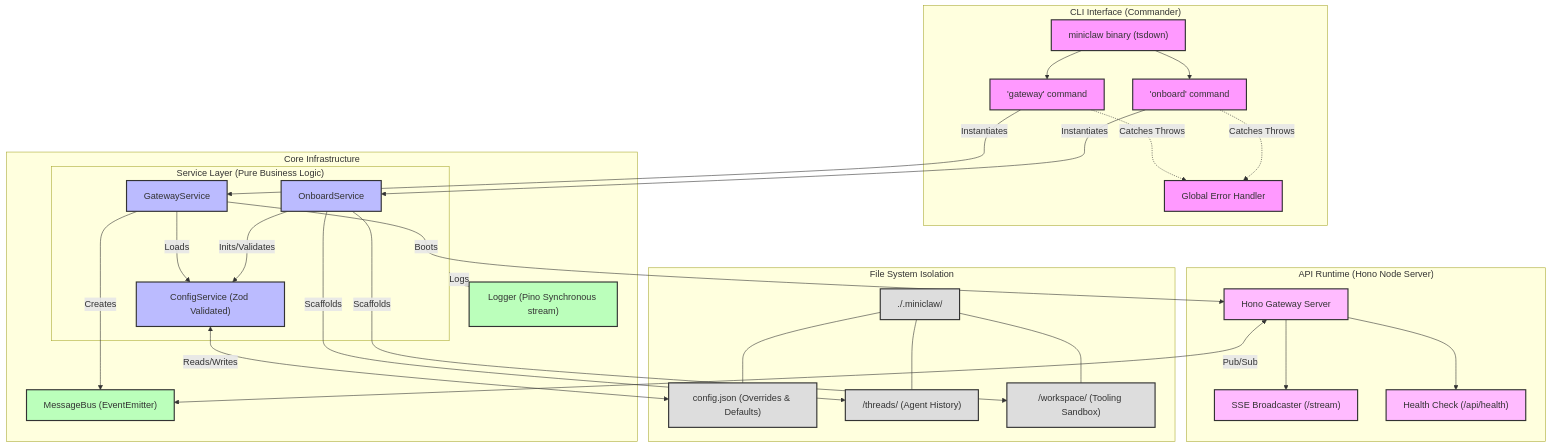
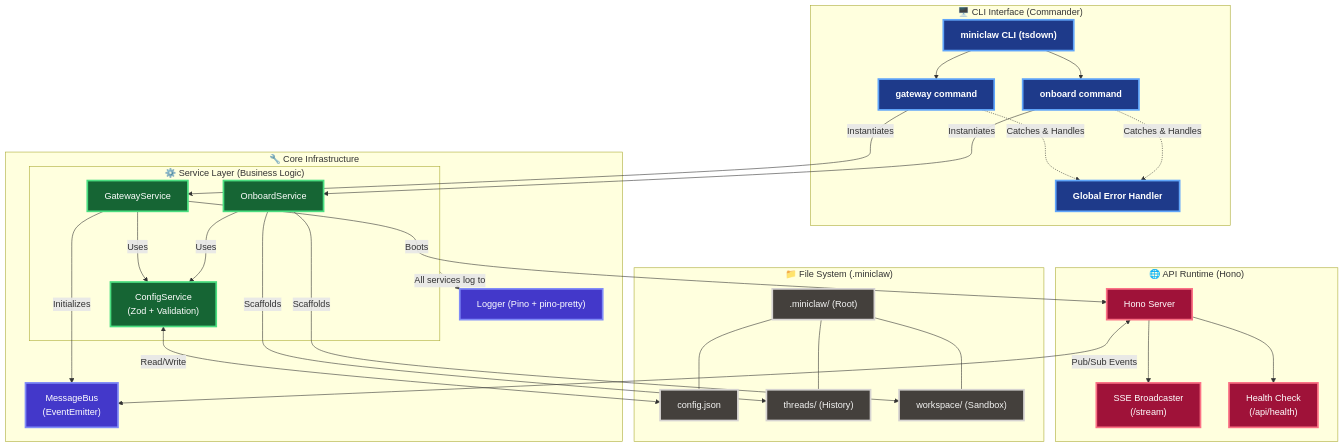
Before and after one commit to zAcherttp/nanobot: the diagram in miniclaw/docs/feature-tracker.md, drawn with Mermaid. The commit also changed other lines of this file, not shown here.

Commit message:
chore: improve visual of mermaid diagram

````diff
--- a/miniclaw/docs/feature-tracker.md
+++ b/miniclaw/docs/feature-tracker.md
@@ -7,73 +7,84 @@
 ```mermaid
 graph TD
+    %% =============================================
     %% CLI Layer
-    subgraph CLI ["CLI Interface (Commander)"]
-        Index["miniclaw binary (tsdown)"]
+    %% =============================================
+    subgraph CLI ["🖥️ CLI Interface (Commander)"]
+        Index["miniclaw CLI (tsdown)"]
         GlobalErr["Global Error Handler"]
         
-        Index --> GatewayCmd["'gateway' command"]
-        Index --> OnboardCmd["'onboard' command"]
+        Index --> GatewayCmd["gateway command"]
+        Index --> OnboardCmd["onboard command"]
         
-        GatewayCmd -.->|"Catches Throws"| GlobalErr
-        OnboardCmd -.->|"Catches Throws"| GlobalErr
+        GatewayCmd -.->|"Catches & Handles"| GlobalErr
+        OnboardCmd -.->|"Catches & Handles"| GlobalErr
     end
 
+    %% =============================================
     %% Services Layer
-    subgraph Services ["Service Layer (Pure Business Logic)"]
+    %% =============================================
+    subgraph Services ["⚙️ Service Layer (Business Logic)"]
         GatewaySvc["GatewayService"]
         OnboardSvc["OnboardService"]
-        ConfigSvc["ConfigService (Zod Validated)"]
+        ConfigSvc["ConfigService<br/>(Zod + Validation)"]
         
         GatewayCmd -->|"Instantiates"| GatewaySvc
         OnboardCmd -->|"Instantiates"| OnboardSvc
         
-        GatewaySvc -->|"Loads"| ConfigSvc
-        OnboardSvc -->|"Inits/Validates"| ConfigSvc
+        GatewaySvc -->|"Uses"| ConfigSvc
+        OnboardSvc -->|"Uses"| ConfigSvc
     end
 
+    %% =============================================
     %% Core Infrastructure
-    subgraph Core ["Core Infrastructure"]
-        Bus["MessageBus (EventEmitter)"]
-        Logger["Logger (Pino Synchronous stream)"]
+    %% =============================================
+    subgraph Core ["🔧 Core Infrastructure"]
+        Bus["MessageBus<br/>(EventEmitter)"]
+        Logger["Logger (Pino + pino-pretty)"]
         
-        GatewaySvc -->|"Creates"| Bus
-        Services -.->|"Logs"| Logger
+        GatewaySvc -->|"Initializes"| Bus
+        Services -.->|"All services log to"| Logger
     end
 
+    %% =============================================
     %% Gateway & API Layer
-    subgraph API ["API Runtime (Hono Node Server)"]
-        HonoApp["Hono Gateway Server"]
-        SSE["SSE Broadcaster (/stream)"]
-        Health["Health Check (/api/health)"]
+    %% =============================================
+    subgraph API ["🌐 API Runtime (Hono)"]
+        HonoApp["Hono Server"]
+        SSE["SSE Broadcaster<br/>(/stream)"]
+        Health["Health Check<br/>(/api/health)"]
         
         GatewaySvc -->|"Boots"| HonoApp
         HonoApp --> SSE
         HonoApp --> Health
         
-        HonoApp <-->|"Pub/Sub"| Bus
+        HonoApp <-->|"Pub/Sub Events"| Bus
     end
 
+    %% =============================================
     %% File System Layer
-    subgraph FS ["File System Isolation"]
-        MiniclawDir["./.miniclaw/"]
-        ConfigJSON["config.json (Overrides & Defaults)"]
-        ThreadsDir["/threads/ (Agent History)"]
-        WorkspaceDir["/workspace/ (Tooling Sandbox)"]
+    %% =============================================
+    subgraph FS ["📁 File System (.miniclaw)"]
+        MiniclawDir[".miniclaw/ (Root)"]
+        ConfigJSON["config.json"]
+        ThreadsDir["threads/ (History)"]
+        WorkspaceDir["workspace/ (Sandbox)"]
         
         MiniclawDir --- ConfigJSON
         MiniclawDir --- ThreadsDir
         MiniclawDir --- WorkspaceDir
         
-        ConfigSvc <-->|"Reads/Writes"| ConfigJSON
+        ConfigSvc <-->|"Read/Write"| ConfigJSON
         OnboardSvc -->|"Scaffolds"| ThreadsDir
         OnboardSvc -->|"Scaffolds"| WorkspaceDir
     end
 
-    classDef cli fill:#f9f,stroke:#333,stroke-width:2px;
-    classDef svc fill:#bbf,stroke:#333,stroke-width:2px;
-    classDef core fill:#bfb,stroke:#333,stroke-width:2px;
-    classDef api fill:#fbf,stroke:#333,stroke-width:2px;
-    classDef fs fill:#ddd,stroke:#333,stroke-width:2px;
+    %% =============== Styling ===================
+    classDef cli fill:#1e3a8a, color:#fff, stroke:#60a5fa, stroke-width:3px, font-weight:bold;
+    classDef svc fill:#166534, color:#fff, stroke:#4ade80, stroke-width:3px;
+    classDef core fill:#4338ca, color:#fff, stroke:#818cf8, stroke-width:3px;
+    classDef api fill:#9f1239, color:#fff, stroke:#fb7185, stroke-width:3px;
+    classDef fs fill:#44403c, color:#f5f5f4, stroke:#d6d3d1, stroke-width:3px;
 
     class Index,GatewayCmd,OnboardCmd,GlobalErr cli;
     class GatewaySvc,OnboardSvc,ConfigSvc svc;
````
